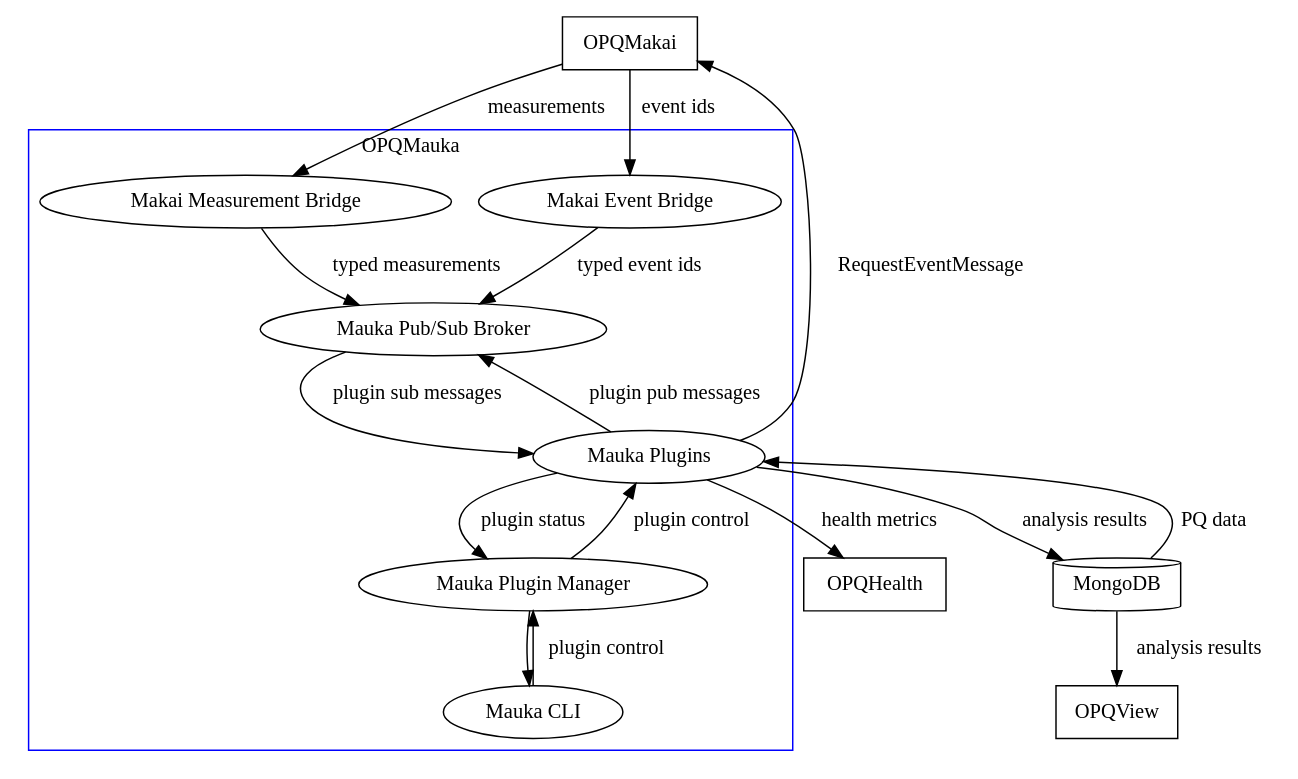
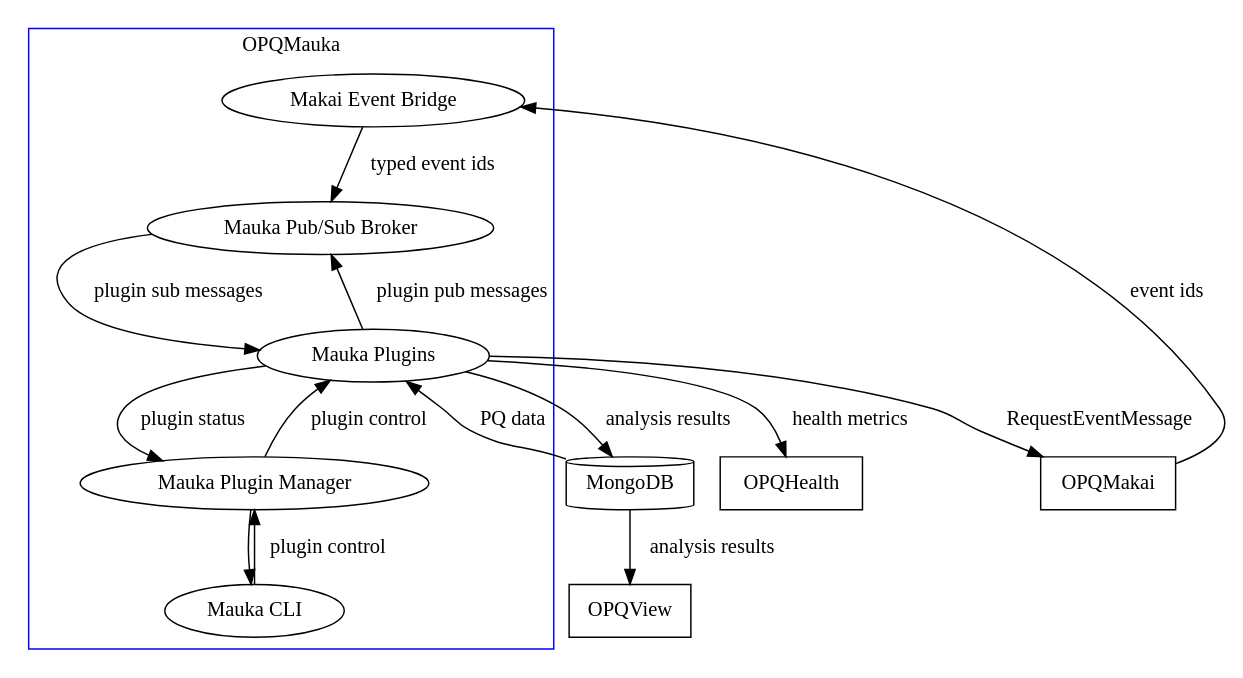
One commit to openpowerquality/opq changed the diagram in mauka/diagrams/mauka_integration_diagram.dot. Above: the diagram before and after it, drawn with Graphviz. The commit also changed 14 other files, not shown here.

```diff
--- a/mauka/diagrams/mauka_integration_diagram.dot
+++ b/mauka/diagrams/mauka_integration_diagram.dot
@@ -1,38 +1,35 @@
 digraph mauka_services_diagram {
     OPQMakai[shape=box];
 
     subgraph cluster_mauka {
         label="OPQMauka";
-        MakaiMeasurementBridge [label="Makai Measurement Bridge"];
         MakaiEventBridge [label="Makai Event Bridge"];
         PubSubBroker [label="Mauka Pub/Sub Broker"];
         MaukaPlugins [label="Mauka Plugins"];
         MaukaPluginManager [label="Mauka Plugin Manager"];
         MaukaCli [label="Mauka CLI"]
         color=blue;
 
-        MakaiMeasurementBridge -> PubSubBroker [label="typed measurements"]
         MakaiEventBridge -> PubSubBroker [label="typed event ids"]
         PubSubBroker -> MaukaPlugins [label="plugin sub messages"]
         MaukaPlugins -> PubSubBroker [label="plugin pub messages"]
         MaukaPlugins -> MaukaPluginManager [label="plugin status"]
         MaukaPluginManager -> MaukaPlugins [label="plugin control"]
         MaukaCli -> MaukaPluginManager [label="plugin control"]
         MaukaPluginManager -> MaukaCli
     }
 
-    OPQMakai -> MakaiMeasurementBridge [label="measurements"]
     OPQMakai -> MakaiEventBridge [label="event ids"]
 
     OPQHealth[shape=box];
     OPQView[shape=box]
     MongoDB[shape=cylinder];
 
     MaukaPlugins -> MongoDB [label="analysis results"]
     MongoDB -> MaukaPlugins [label="PQ data"]
     MaukaPlugins -> OPQHealth [label="health metrics"]
 
     MongoDB -> OPQView [label="analysis results"]
 
     MaukaPlugins -> OPQMakai [label="RequestEventMessage"]
 }
```
